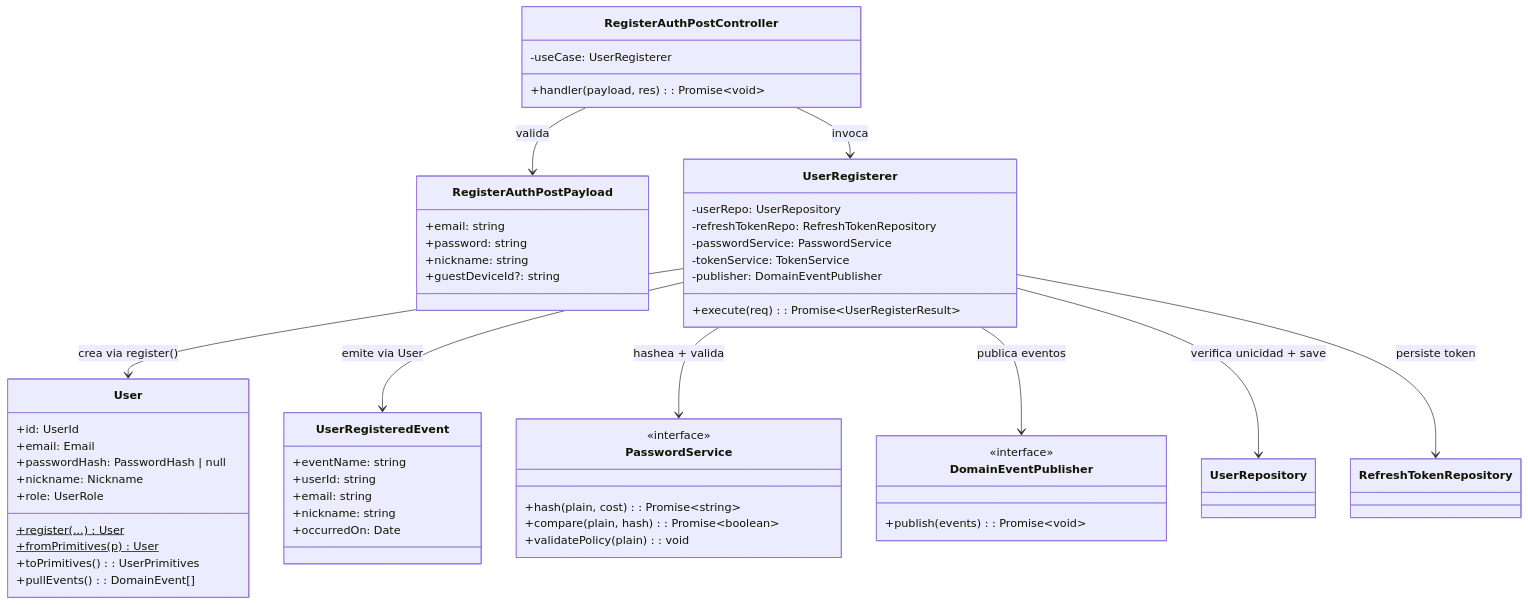
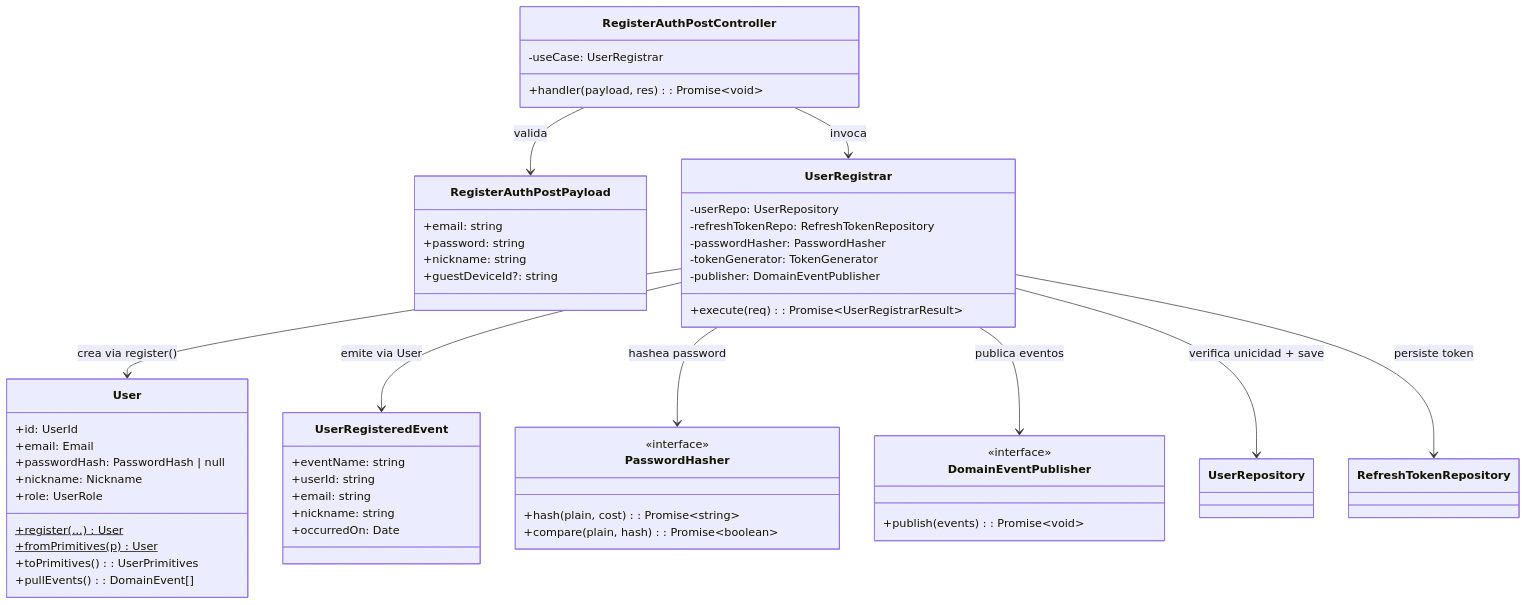
One commit to AbrahamVilchesDeLaCruz/ididntcatchthat changed the diagram in docs/apps/api/identity/register/classes.md. Above: the diagram before and after it, drawn with Mermaid. The commit also changed 7 other files, not shown here.

````diff
--- a/docs/apps/api/identity/register/classes.md
+++ b/docs/apps/api/identity/register/classes.md
@@ -5,64 +5,63 @@
 ```mermaid
 classDiagram
     class RegisterAuthPostController {
-        -useCase: UserRegisterer
+        -useCase: UserRegistrar
         +handler(payload, res): Promise~void~
     }
 
     class RegisterAuthPostPayload {
         +email: string
         +password: string
         +nickname: string
         +guestDeviceId?: string
     }
 
-    class UserRegisterer {
+    class UserRegistrar {
         -userRepo: UserRepository
         -refreshTokenRepo: RefreshTokenRepository
-        -passwordService: PasswordService
-        -tokenService: TokenService
+        -passwordHasher: PasswordHasher
+        -tokenGenerator: TokenGenerator
         -publisher: DomainEventPublisher
-        +execute(req): Promise~UserRegisterResult~
+        +execute(req): Promise~UserRegistrarResult~
     }
 
     class User {
         +id: UserId
         +email: Email
         +passwordHash: PasswordHash | null
         +nickname: Nickname
         +role: UserRole
         +register(...)$ User
         +fromPrimitives(p)$ User
         +toPrimitives(): UserPrimitives
         +pullEvents(): DomainEvent[]
     }
 
     class UserRegisteredEvent {
         +eventName: string
         +userId: string
         +email: string
         +nickname: string
         +occurredOn: Date
     }
 
-    class PasswordService {
+    class PasswordHasher {
         <<interface>>
         +hash(plain, cost): Promise~string~
         +compare(plain, hash): Promise~boolean~
-        +validatePolicy(plain): void
     }
 
     class DomainEventPublisher {
         <<interface>>
         +publish(events): Promise~void~
     }
 
     RegisterAuthPostController --> RegisterAuthPostPayload : valida
-    RegisterAuthPostController --> UserRegisterer : invoca
-    UserRegisterer --> User : crea via register()
-    UserRegisterer --> UserRegisteredEvent : emite via User
-    UserRegisterer --> PasswordService : hashea + valida
-    UserRegisterer --> DomainEventPublisher : publica eventos
-    UserRegisterer --> UserRepository : verifica unicidad + save
-    UserRegisterer --> RefreshTokenRepository : persiste token
+    RegisterAuthPostController --> UserRegistrar : invoca
+    UserRegistrar --> User : crea via register()
+    UserRegistrar --> UserRegisteredEvent : emite via User
+    UserRegistrar --> PasswordHasher : hashea password
+    UserRegistrar --> DomainEventPublisher : publica eventos
+    UserRegistrar --> UserRepository : verifica unicidad + save
+    UserRegistrar --> RefreshTokenRepository : persiste token
 ```
````
